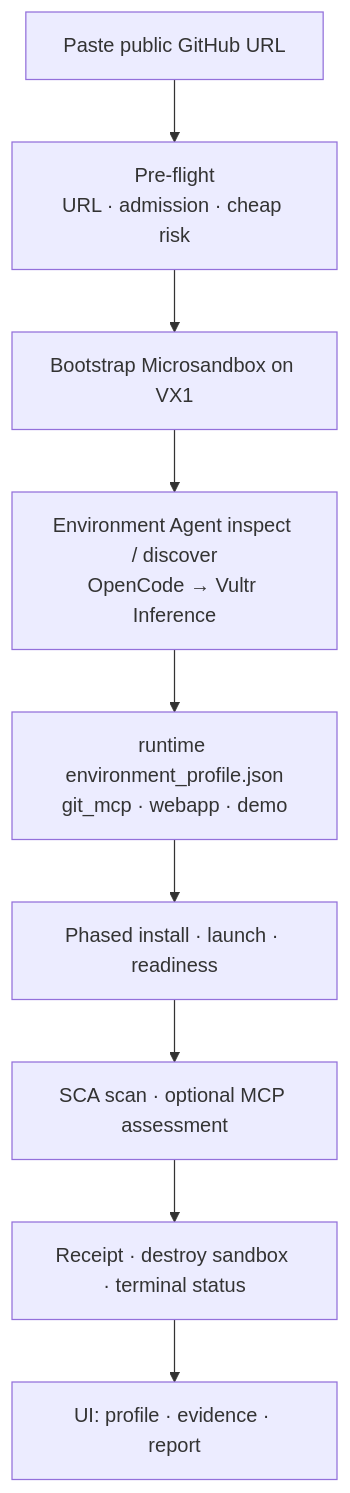
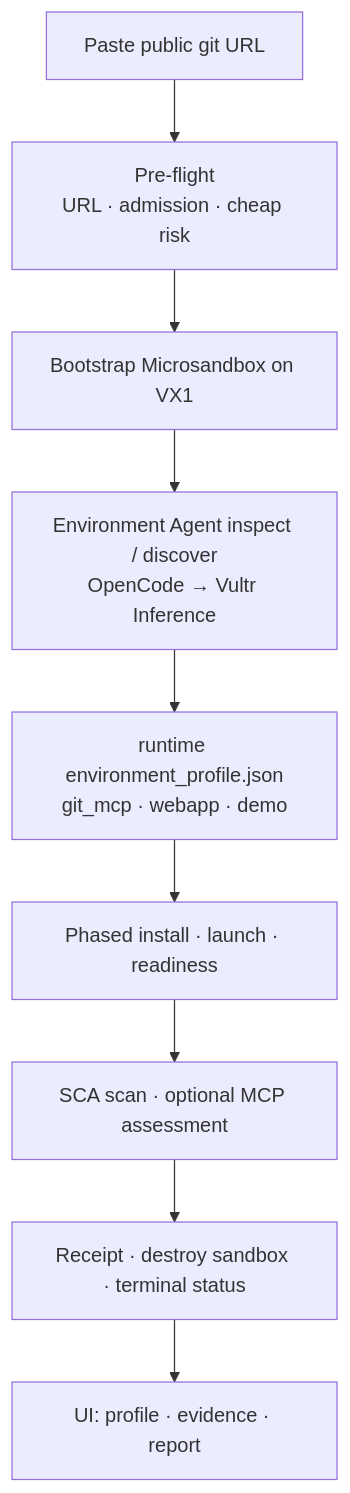
Before and after one commit to ludvigodin/killhub: the second of 6 diagrams in README.md, drawn with Mermaid. The commit also changed other lines of this file and 19 other files, not shown here.

First line of the commit message:
Implement public allowlisted git URL validation and update documentation

````diff
--- a/README.md
+++ b/README.md
@@ -61,11 +61,11 @@
 ```mermaid
 flowchart TB
-  U["Paste public GitHub URL"] --> P["Pre-flight<br/>URL · admission · cheap risk"]
+  U["Paste public git URL"] --> P["Pre-flight<br/>URL · admission · cheap risk"]
   P --> V["Bootstrap Microsandbox on VX1"]
   V --> A["Environment Agent inspect / discover<br/>OpenCode → Vultr Inference"]
   A --> F["runtime environment_profile.json<br/>git_mcp · webapp · demo"]
   F --> I["Phased install · launch · readiness"]
   I --> S["SCA scan · optional MCP assessment"]
   S --> R["Receipt · destroy sandbox · terminal status"]
   R --> UI["UI: profile · evidence · report"]
 ```
````
